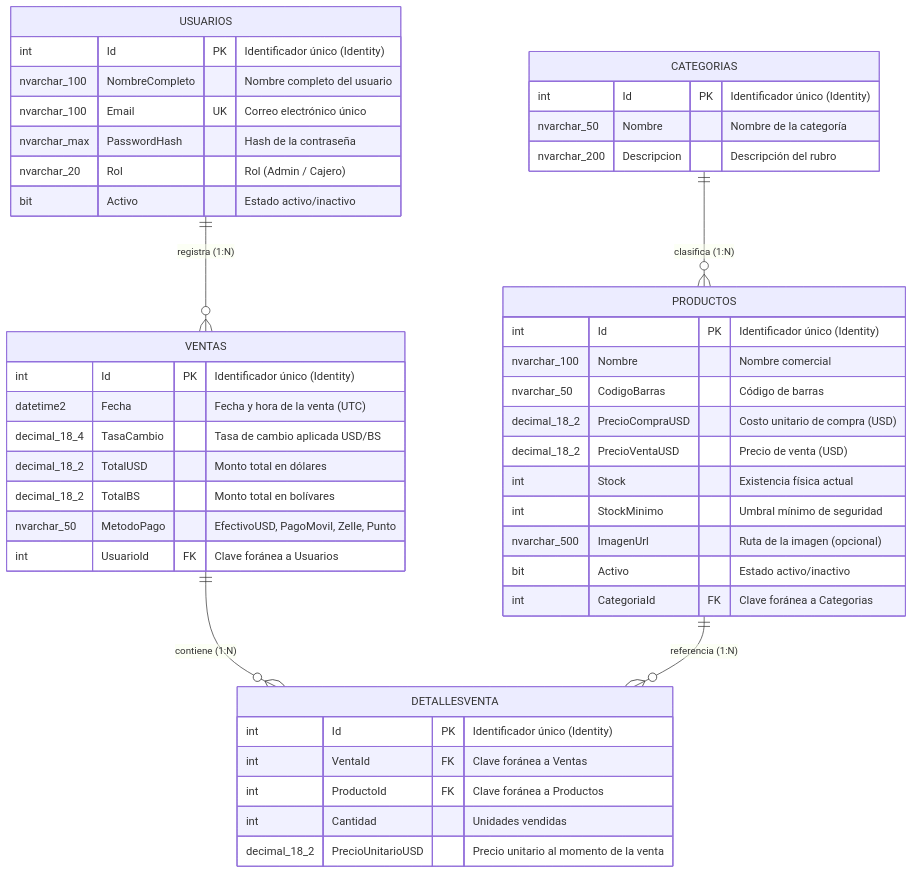
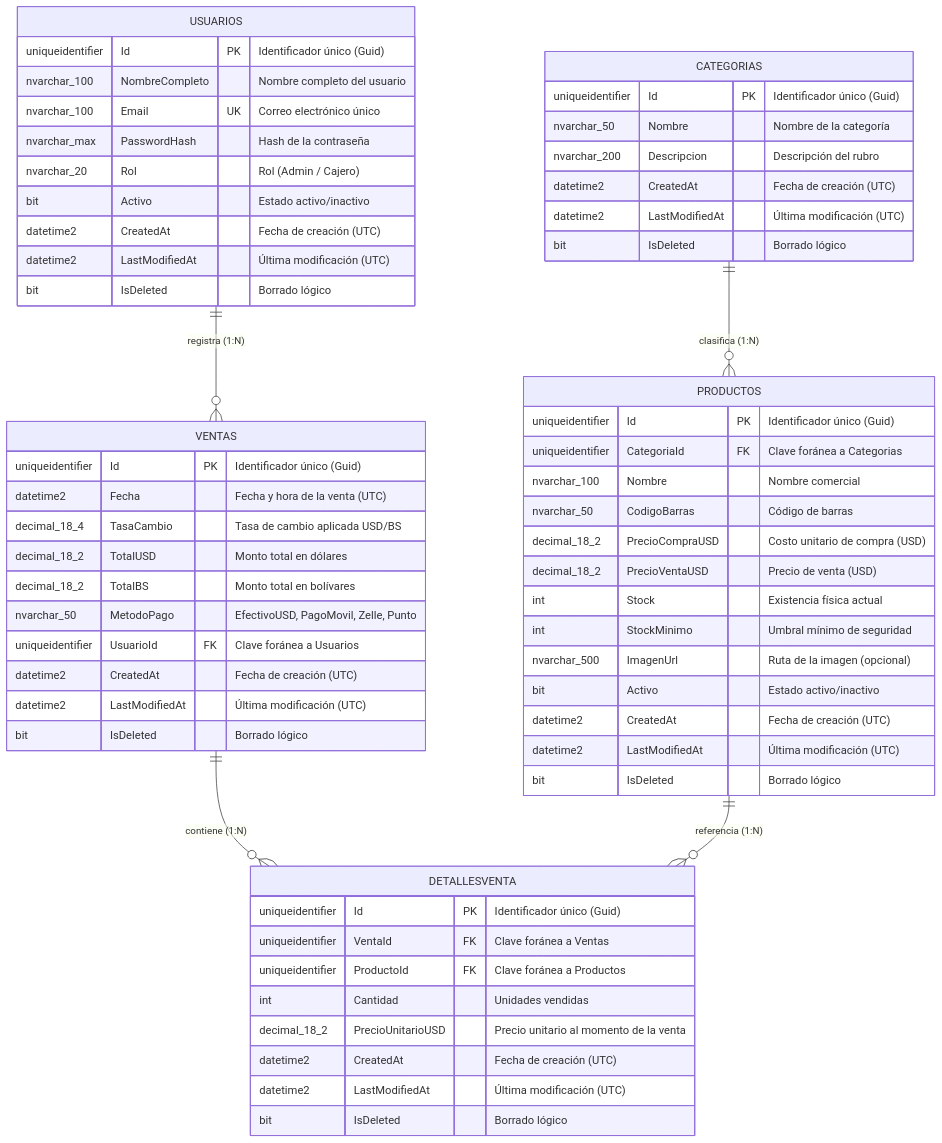
One commit to Javier-GarciaP/Licoreria-Backend-NET changed the diagram in README.md. Above: the diagram before and after it, drawn with Mermaid. The commit also changed other lines of this file and 1 other file, not shown here.

````diff
--- a/README.md
+++ b/README.md
@@ -90,53 +121,68 @@
 ```mermaid
 erDiagram
     CATEGORIAS ||--o{ PRODUCTOS : "clasifica (1:N)"
     USUARIOS ||--o{ VENTAS : "registra (1:N)"
     VENTAS ||--o{ DETALLESVENTA : "contiene (1:N)"
     PRODUCTOS ||--o{ DETALLESVENTA : "referencia (1:N)"
 
     CATEGORIAS {
-        int Id PK "Identificador único (Identity)"
+        uniqueidentifier Id PK "Identificador único (Guid)"
         nvarchar_50 Nombre "Nombre de la categoría"
         nvarchar_200 Descripcion "Descripción del rubro"
+        datetime2 CreatedAt "Fecha de creación (UTC)"
+        datetime2 LastModifiedAt "Última modificación (UTC)"
+        bit IsDeleted "Borrado lógico"
     }
 
     PRODUCTOS {
-        int Id PK "Identificador único (Identity)"
+        uniqueidentifier Id PK "Identificador único (Guid)"
+        uniqueidentifier CategoriaId FK "Clave foránea a Categorias"
         nvarchar_100 Nombre "Nombre comercial"
         nvarchar_50 CodigoBarras "Código de barras"
         decimal_18_2 PrecioCompraUSD "Costo unitario de compra (USD)"
         decimal_18_2 PrecioVentaUSD "Precio de venta (USD)"
         int Stock "Existencia física actual"
         int StockMinimo "Umbral mínimo de seguridad"
         nvarchar_500 ImagenUrl "Ruta de la imagen (opcional)"
         bit Activo "Estado activo/inactivo"
-        int CategoriaId FK "Clave foránea a Categorias"
+        datetime2 CreatedAt "Fecha de creación (UTC)"
+        datetime2 LastModifiedAt "Última modificación (UTC)"
+        bit IsDeleted "Borrado lógico"
     }
 
     USUARIOS {
-        int Id PK "Identificador único (Identity)"
+        uniqueidentifier Id PK "Identificador único (Guid)"
         nvarchar_100 NombreCompleto "Nombre completo del usuario"
         nvarchar_100 Email UK "Correo electrónico único"
         nvarchar_max PasswordHash "Hash de la contraseña"
         nvarchar_20 Rol "Rol (Admin / Cajero)"
         bit Activo "Estado activo/inactivo"
+        datetime2 CreatedAt "Fecha de creación (UTC)"
+        datetime2 LastModifiedAt "Última modificación (UTC)"
+        bit IsDeleted "Borrado lógico"
     }
 
     VENTAS {
-        int Id PK "Identificador único (Identity)"
+        uniqueidentifier Id PK "Identificador único (Guid)"
         datetime2 Fecha "Fecha y hora de la venta (UTC)"
         decimal_18_4 TasaCambio "Tasa de cambio aplicada USD/BS"
         decimal_18_2 TotalUSD "Monto total en dólares"
         decimal_18_2 TotalBS "Monto total en bolívares"
         nvarchar_50 MetodoPago "EfectivoUSD, PagoMovil, Zelle, Punto"
-        int UsuarioId FK "Clave foránea a Usuarios"
+        uniqueidentifier UsuarioId FK "Clave foránea a Usuarios"
+        datetime2 CreatedAt "Fecha de creación (UTC)"
+        datetime2 LastModifiedAt "Última modificación (UTC)"
+        bit IsDeleted "Borrado lógico"
     }
 
     DETALLESVENTA {
-        int Id PK "Identificador único (Identity)"
-        int VentaId FK "Clave foránea a Ventas"
-        int ProductoId FK "Clave foránea a Productos"
+        uniqueidentifier Id PK "Identificador único (Guid)"
+        uniqueidentifier VentaId FK "Clave foránea a Ventas"
+        uniqueidentifier ProductoId FK "Clave foránea a Productos"
         int Cantidad "Unidades vendidas"
         decimal_18_2 PrecioUnitarioUSD "Precio unitario al momento de la venta"
+        datetime2 CreatedAt "Fecha de creación (UTC)"
+        datetime2 LastModifiedAt "Última modificación (UTC)"
+        bit IsDeleted "Borrado lógico"
     }
 ```
````
